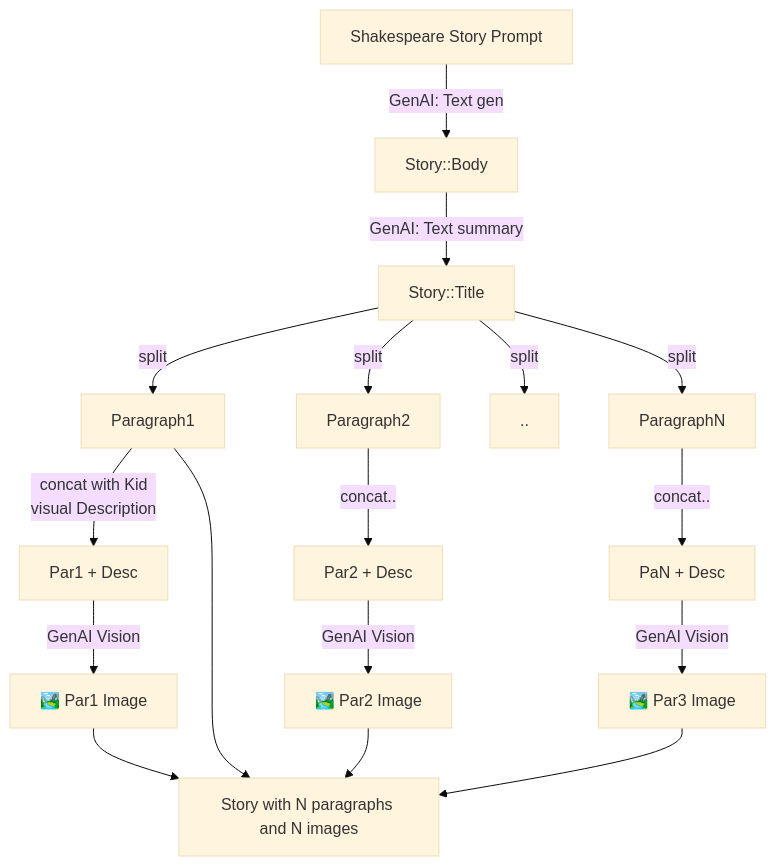
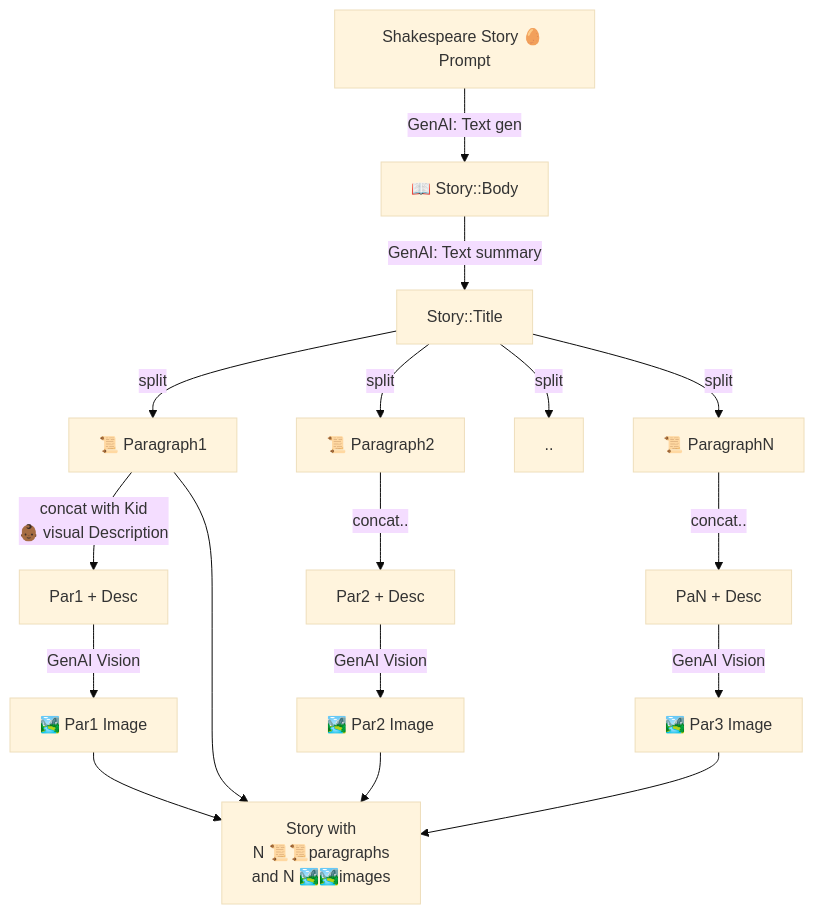
The diagram in README.md (palladius/genai-kids-stories), drawn with Mermaid (base theme) before and after one commit.

Commit message:
0.11.49a more emoji

````diff
--- a/README.md
+++ b/README.md
@@ -18,24 +18,24 @@
 ```mermaid
 flowchart TD;
 
 
-    A2["Shakespeare Story Prompt"] -- GenAI: Text gen --> B[Story::Body];
+    A2["Shakespeare Story 🥚 Prompt"] -- GenAI: Text gen --> B["📖 Story::Body"];
     B -- GenAI: Text summary --> C[Story::Title];
-    C -- split --> P1["Paragraph1"];
-    C -- split --> P2[Paragraph2];
+    C -- split --> P1["📜 Paragraph1"];
+    C -- split --> P2["📜 Paragraph2"];
     C -- split --> Pdot[..];
-    C -- split --> P3[ParagraphN];
+    C -- split --> P3["📜 ParagraphN"];
 
-    P1 -- "concat with Kid\nvisual Description" --> PD1[Par1 + Desc];
+    P1 -- "concat with Kid\n👶🏾 visual Description" --> PD1["Par1 + Desc"];
     P2 -- concat.. --> PD2[Par2 + Desc];
     P3 -- concat.. --> PD3[PaN + Desc];
 
     PD1 -- GenAI Vision --> IMG1["🏞️ Par1 Image"];
     PD2 -- GenAI Vision --> IMG2["🏞️ Par2 Image"];
     PD3 -- GenAI Vision --> IMG3["🏞️ Par3 Image"];
 
-    IMG1 --> END["Story with N paragraphs and N images"]
+    IMG1 --> END["Story with \n N 📜📜paragraphs \n and N 🏞️🏞️images"]
     IMG2 --> END
     IMG3 --> END
     P1 --> END;
 ```
````
